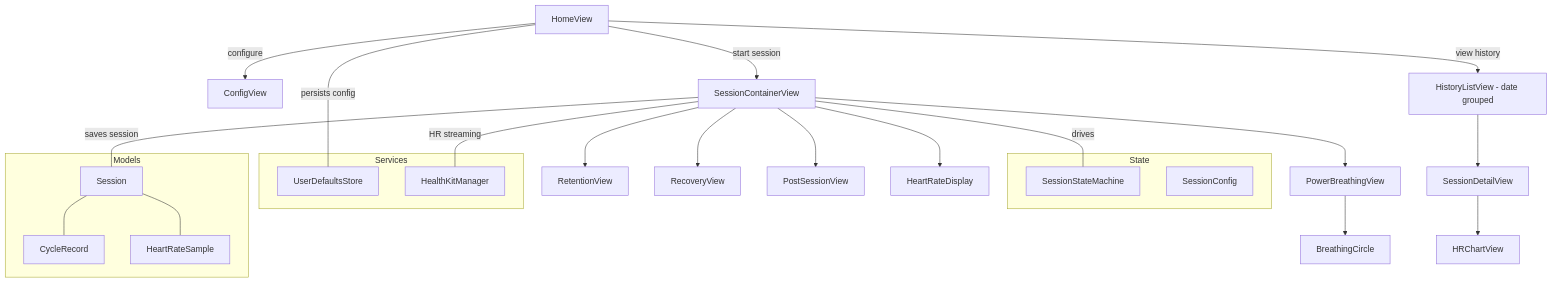
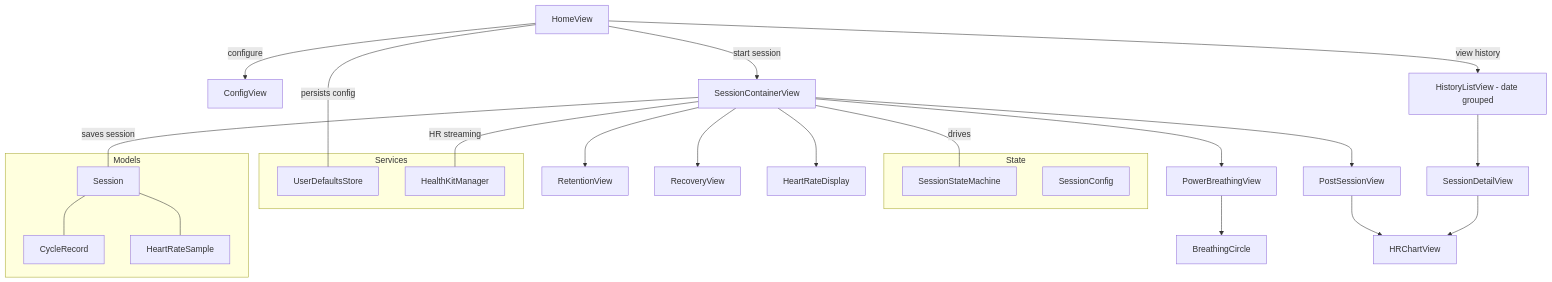
The first of 6 diagrams in README.md (pedro-esteves-pinto/WHAT), drawn with Mermaid before and after one commit. The commit also changed other lines of this file and 8 other files, not shown here.

First line of the commit message:
Add Phase 5: Post-session HR chart with phase overlays

````diff
--- a/README.md
+++ b/README.md
@@ -14,40 +14,41 @@
 ```mermaid
 graph TD
     A[HomeView] -->|configure| B[ConfigView]
     A -->|start session| C[SessionContainerView]
     A -->|view history| D[HistoryListView - date grouped]
 
     C --> E[PowerBreathingView]
     C --> F[RetentionView]
     C --> G[RecoveryView]
     C --> H[PostSessionView]
 
     E --> I[BreathingCircle]
     C --> J[HeartRateDisplay]
 
     D --> K[SessionDetailView]
     K --> L[HRChartView]
+    H --> L
 
     subgraph State
         M[SessionStateMachine]
         N[SessionConfig]
     end
 
     subgraph Services
         O[UserDefaultsStore]
         P[HealthKitManager]
     end
 
     subgraph Models
         Q[Session]
         R[CycleRecord]
         S[HeartRateSample]
     end
 
     C ---|drives| M
     C ---|HR streaming| P
     A ---|persists config| O
     C ---|saves session| Q
     Q --- R
     Q --- S
 ```
````
